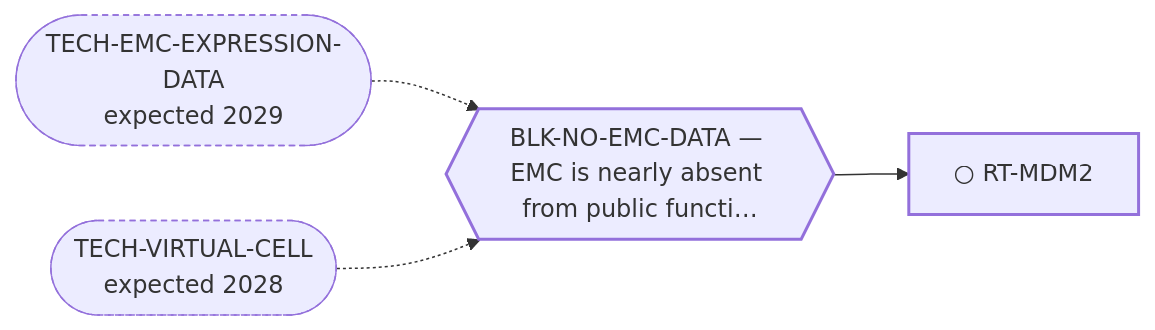
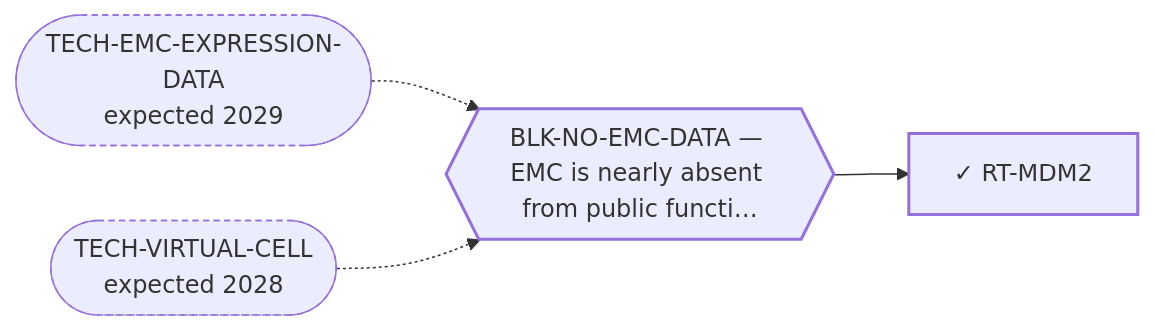
The diagram in systems/views/L2-rt-mdm2.md (trimcrae/Rare-cancers), drawn with Mermaid before and after one commit. The commit also changed other lines of this file and 13 other files, not shown here.

````diff
--- a/systems/views/L2-rt-mdm2.md
+++ b/systems/views/L2-rt-mdm2.md
@@ -27,14 +27,14 @@
 ```mermaid
 flowchart LR
-  RT_MDM2["○ RT-MDM2"]:::fam
+  RT_MDM2["✓ RT-MDM2"]:::fam
   BLK_NO_EMC_DATA{{"BLK-NO-EMC-DATA — EMC is nearly absent from public functi…"}}:::blk
   BLK_NO_EMC_DATA --> RT_MDM2
   TECH_EMC_EXPRESSION_DATA(["TECH-EMC-EXPRESSION-DATA<br/>expected 2029"]):::tech
   TECH_EMC_EXPRESSION_DATA -.-> BLK_NO_EMC_DATA
   TECH_VIRTUAL_CELL(["TECH-VIRTUAL-CELL<br/>expected 2028"]):::tech
   TECH_VIRTUAL_CELL -.-> BLK_NO_EMC_DATA
   classDef fam stroke-width:2px;
   classDef blk stroke-width:2px;
   classDef perm stroke-width:4px;
   classDef tech stroke-width:1px,stroke-dasharray:4 3;
 ```
````
